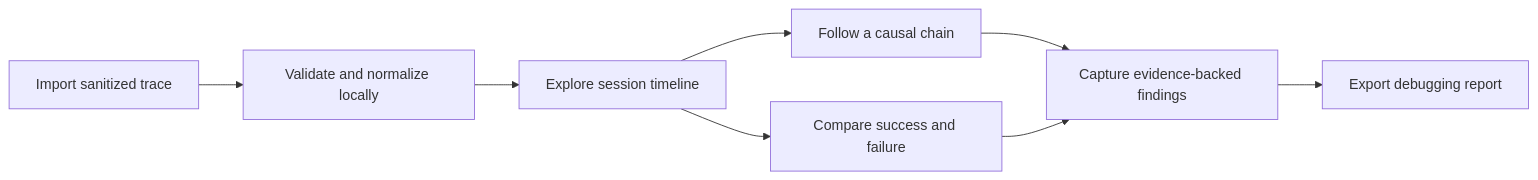
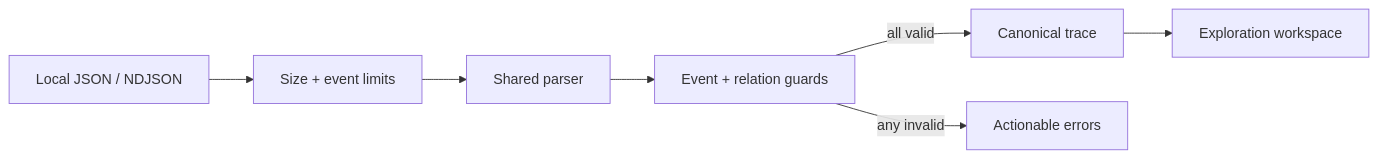
The diagram in eventweave/README.md (ASKR04/JavaScript), drawn with Mermaid before and after one commit. The commit also changed other lines of this file and 21 other files, not shown here.

Commit message:
feat(eventweave): establish trace import foundation

````diff
--- a/eventweave/README.md
+++ b/eventweave/README.md
@@ -72,10 +69,9 @@
 ```mermaid
 flowchart LR
-    Import["Import sanitized trace"] --> Validate["Validate and normalize locally"]
-    Validate --> Timeline["Explore session timeline"]
-    Timeline --> Chain["Follow a causal chain"]
-    Timeline --> Compare["Compare success and failure"]
-    Chain --> Findings["Capture evidence-backed findings"]
-    Compare --> Findings
-    Findings --> Report["Export debugging report"]
+    File["Local JSON / NDJSON"] --> Limits["Size + event limits"]
+    Limits --> Parse["Shared parser"]
+    Parse --> Guard["Event + relation guards"]
+    Guard -->|all valid| Normalize["Canonical trace"]
+    Guard -->|any invalid| Errors["Actionable errors"]
+    Normalize --> UI["Exploration workspace"]
 ```
````
